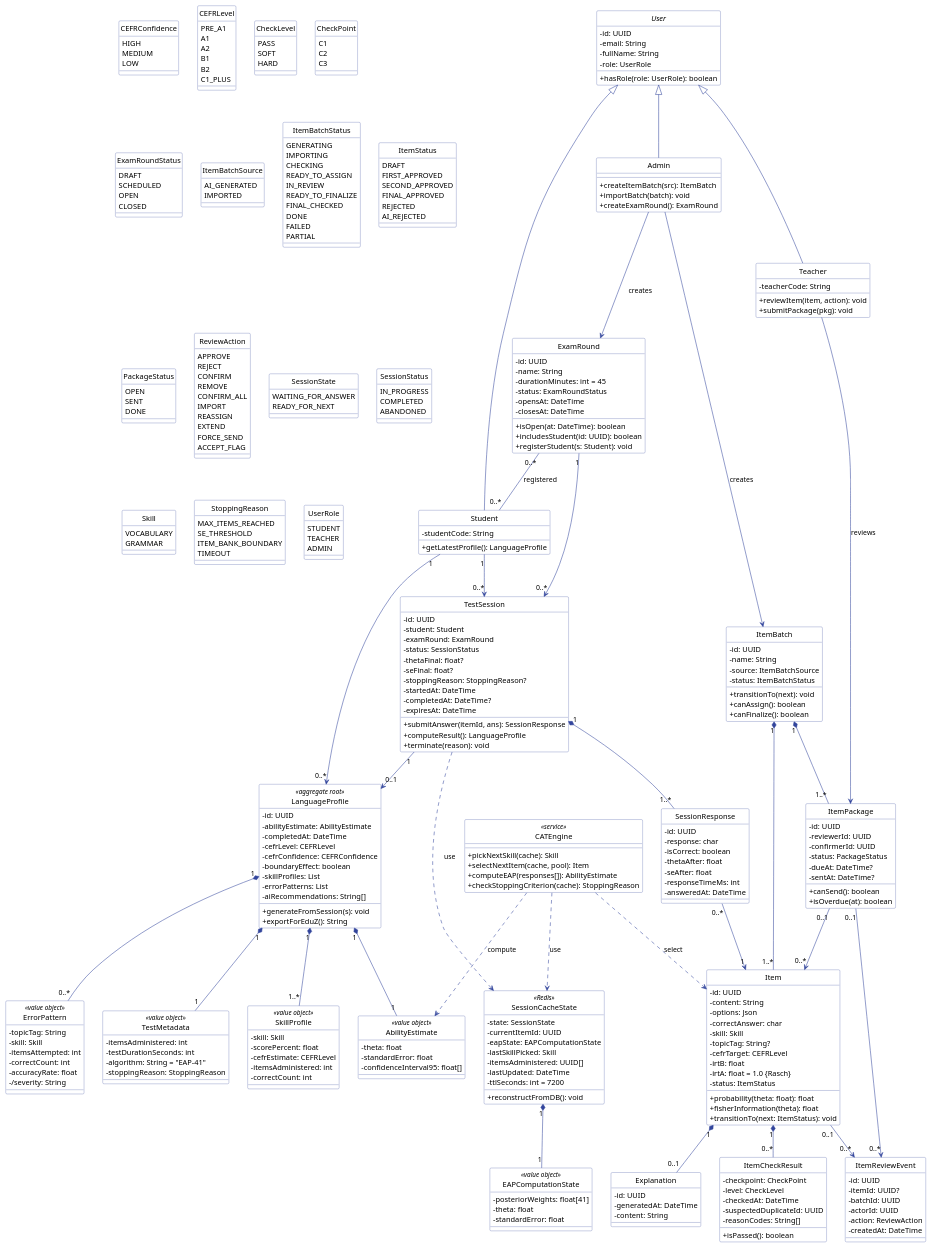
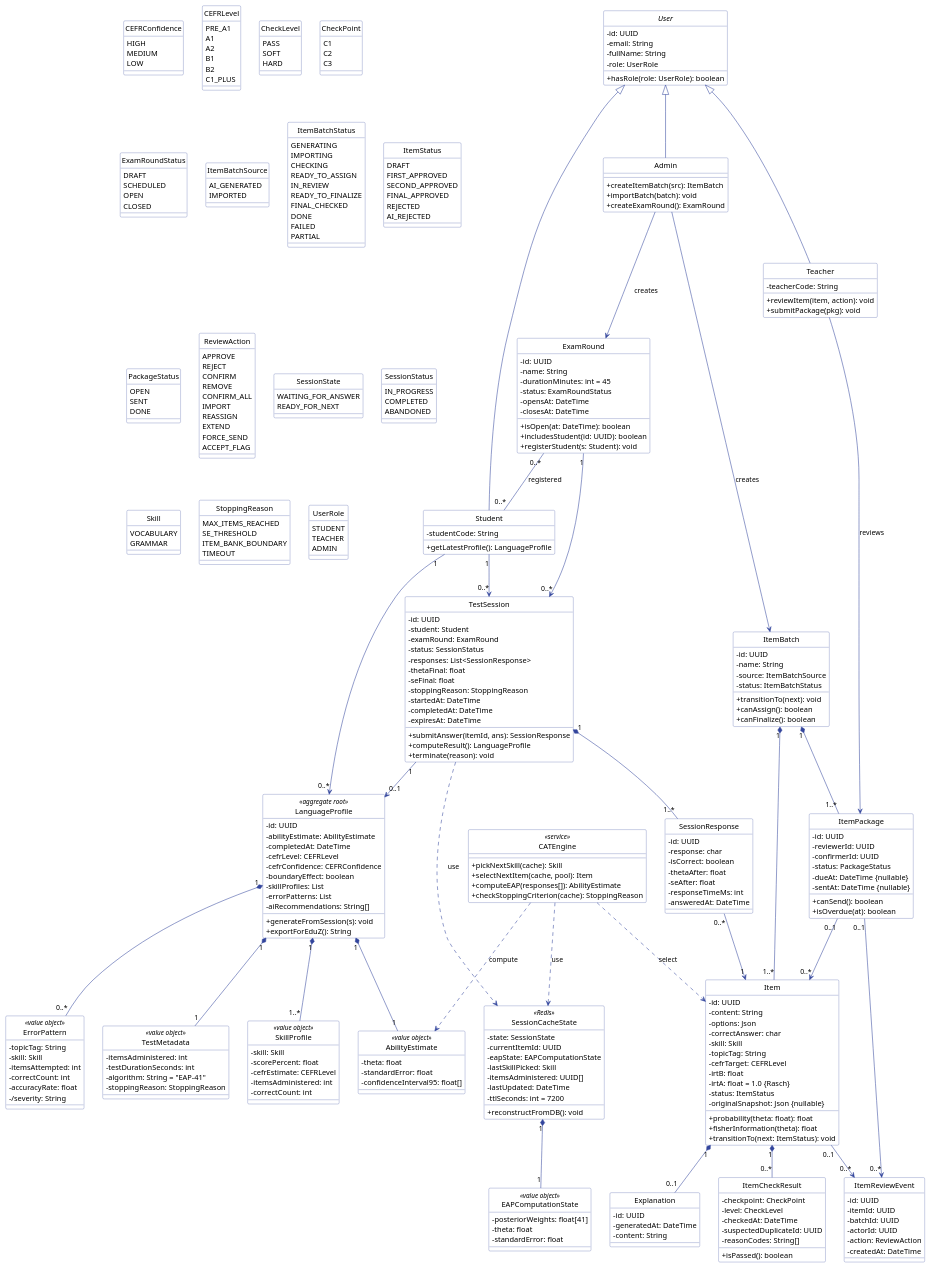
Before and after one commit to AdaptivePlacementTestSystem/0.docs: the diagram in design/class/ClassDiagram.puml, drawn with PlantUML. The commit also changed 10 other files, not shown here.

First line of the commit message:
docs(design): thêm Item.originalSnapshot và đồng bộ bộ tài liệu

```diff
--- a/design/class/ClassDiagram.puml
+++ b/design/class/ClassDiagram.puml
@@ -51,11 +51,12 @@
   - student: Student
   - examRound: ExamRound
   - status: SessionStatus
-  - thetaFinal: float?
-  - seFinal: float?
-  - stoppingReason: StoppingReason?
+  - responses: List<SessionResponse>
+  - thetaFinal: float
+  - seFinal: float
+  - stoppingReason: StoppingReason
   - startedAt: DateTime
-  - completedAt: DateTime?
+  - completedAt: DateTime
   - expiresAt: DateTime
   + submitAnswer(itemId, ans): SessionResponse
   + computeResult(): LanguageProfile
@@ -140,11 +141,12 @@
   - options: Json
   - correctAnswer: char
   - skill: Skill
-  - topicTag: String?
+  - topicTag: String
   - cefrTarget: CEFRLevel
   - irtB: float
   - irtA: float = 1.0 {Rasch}
   - status: ItemStatus
+  - originalSnapshot: Json {nullable}
   + probability(theta: float): float
   + fisherInformation(theta): float
   + transitionTo(next: ItemStatus): void
@@ -176,14 +178,14 @@
   - reviewerId: UUID
   - confirmerId: UUID
   - status: PackageStatus
-  - dueAt: DateTime?
-  - sentAt: DateTime?
+  - dueAt: DateTime {nullable}
+  - sentAt: DateTime {nullable}
   + canSend(): boolean
   + isOverdue(at): boolean
 }
 class ItemReviewEvent {
   - id: UUID
-  - itemId: UUID?
+  - itemId: UUID
   - batchId: UUID
   - actorId: UUID
   - action: ReviewAction
```
